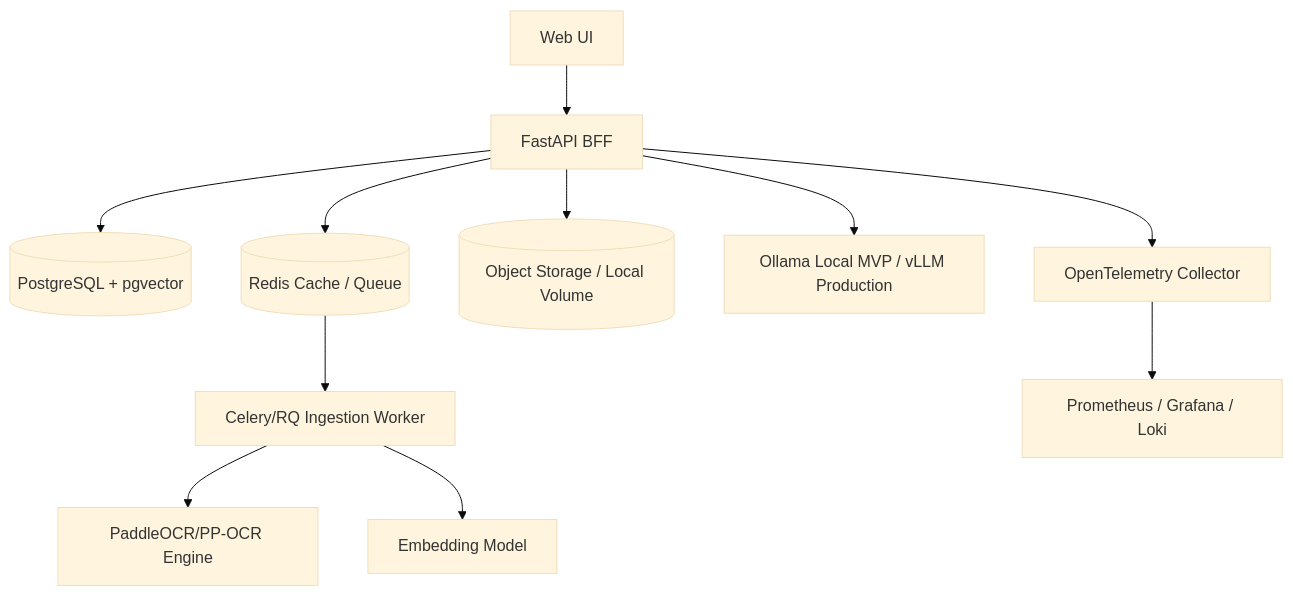
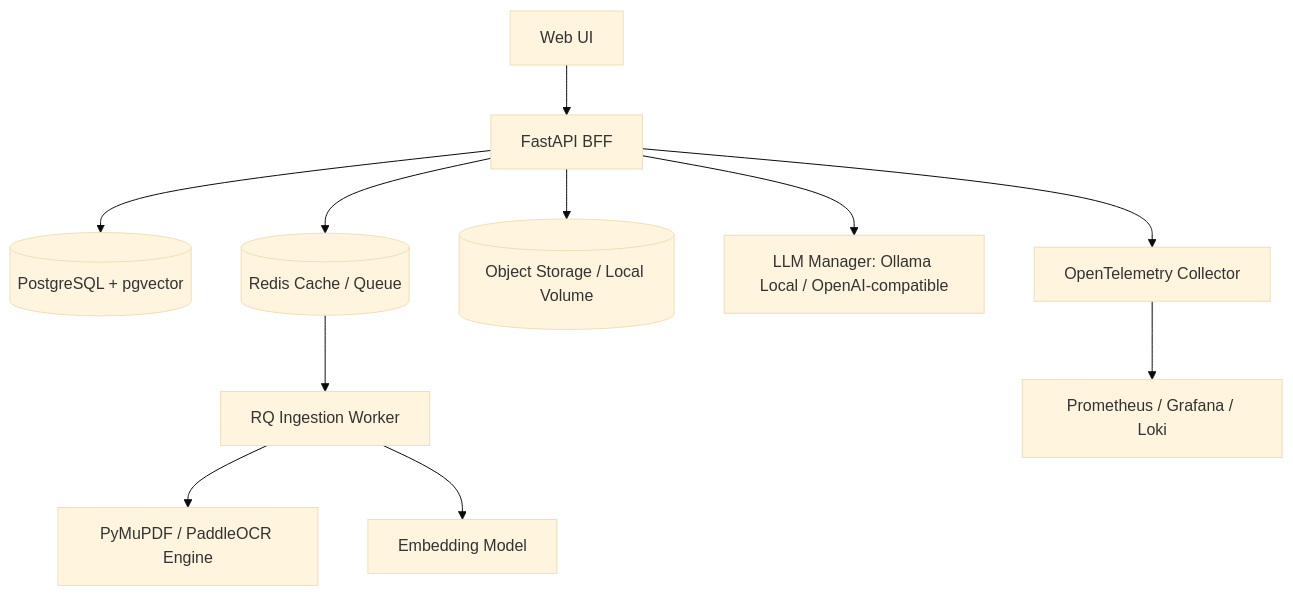
Before and after one commit to qwan30/chat-hospital-system: the diagram in docs/10-deployment/deployment-guide.md, drawn with Mermaid (base theme). The commit also changed other lines of this file and 125 other files, not shown here.

````diff
--- a/docs/10-deployment/deployment-guide.md
+++ b/docs/10-deployment/deployment-guide.md
@@ -30,13 +30,13 @@
 ```mermaid
 flowchart TD
     WEB[Web UI] --> API[FastAPI BFF]
     API --> PG[(PostgreSQL + pgvector)]
     API --> REDIS[(Redis Cache / Queue)]
     API --> STORAGE[(Object Storage / Local Volume)]
-    REDIS --> WORKER[Celery/RQ Ingestion Worker]
-    WORKER --> OCR[PaddleOCR/PP-OCR Engine]
+    REDIS --> WORKER[RQ Ingestion Worker]
+    WORKER --> OCR[PyMuPDF / PaddleOCR Engine]
     WORKER --> EMB[Embedding Model]
-    API --> LLM[Ollama Local MVP / vLLM Production]
+    API --> LLM[LLM Manager: Ollama Local / OpenAI-compatible]
     API --> OBS[OpenTelemetry Collector]
     OBS --> PROM[Prometheus / Grafana / Loki]
 ```
````
